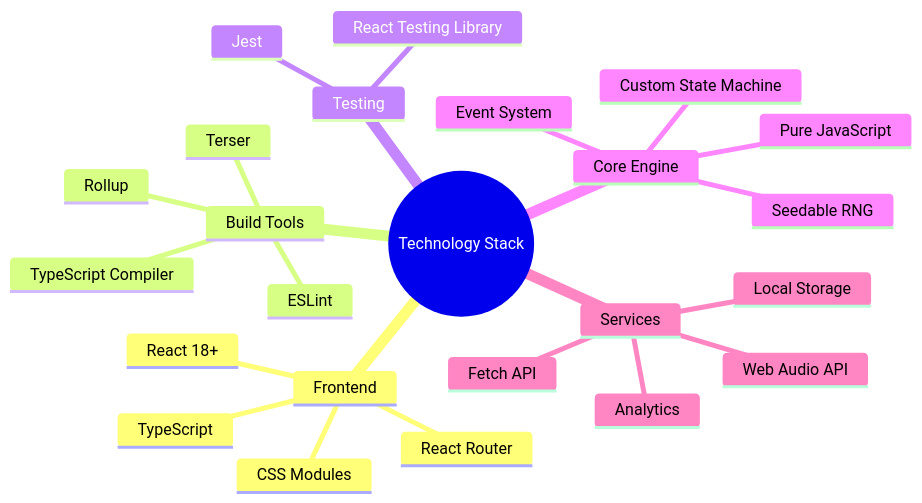
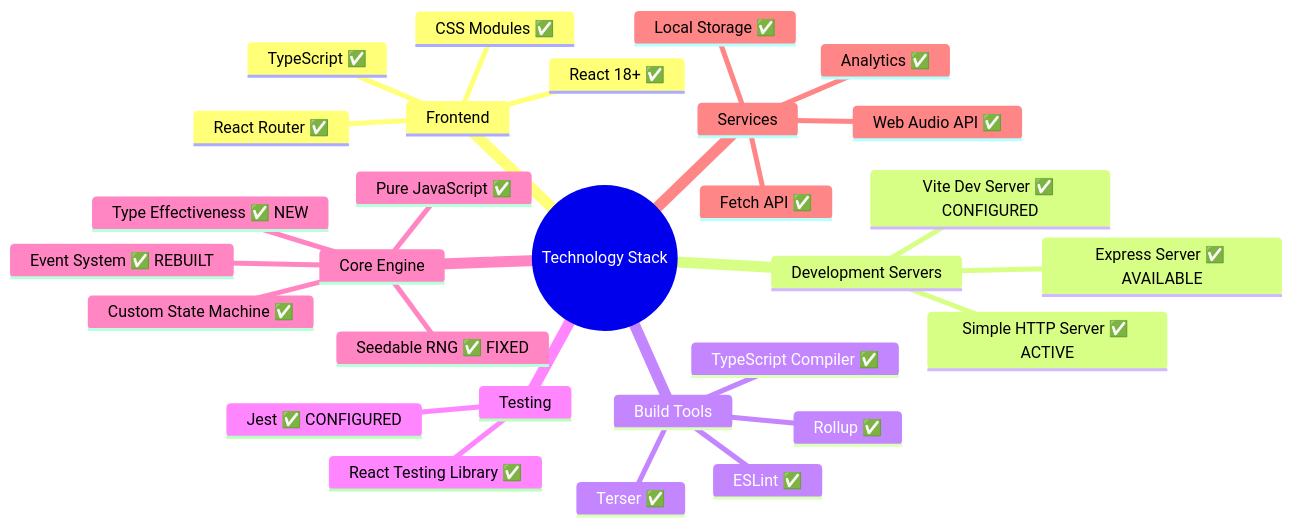
One commit to didier3529/crookmon-game changed diagram 11 of 14 in TECHNICAL_ARCHITECTURE.md. Above: the diagram before and after it, drawn with Mermaid. The commit also changed other lines of this file, not shown here.

First line of the commit message:
docs: update TECHNICAL_ARCHITECTURE.md with latest changes

````diff
--- a/TECHNICAL_ARCHITECTURE.md
+++ b/TECHNICAL_ARCHITECTURE.md
@@ -550,27 +685,32 @@
 ```mermaid
 mindmap
   root((Technology Stack))
     Frontend
-      React 18+
-      TypeScript
-      React Router
-      CSS Modules
+      React 18+ ✅
+      TypeScript ✅
+      React Router ✅
+      CSS Modules ✅
+    Development Servers
+      Simple HTTP Server ✅ ACTIVE
+      Vite Dev Server ✅ CONFIGURED
+      Express Server ✅ AVAILABLE
     Build Tools
-      Rollup
-      TypeScript Compiler
-      Terser
-      ESLint
+      Rollup ✅
+      TypeScript Compiler ✅
+      Terser ✅
+      ESLint ✅
     Testing
-      Jest
-      React Testing Library
+      Jest ✅ CONFIGURED
+      React Testing Library ✅
     Core Engine
-      Pure JavaScript
-      Custom State Machine
-      Event System
-      Seedable RNG
+      Pure JavaScript ✅
+      Custom State Machine ✅
+      Event System ✅ REBUILT
+      Seedable RNG ✅ FIXED
+      Type Effectiveness ✅ NEW
     Services
-      Web Audio API
-      Local Storage
-      Fetch API
-      Analytics
+      Web Audio API ✅
+      Local Storage ✅
+      Fetch API ✅
+      Analytics ✅
 ```
````
